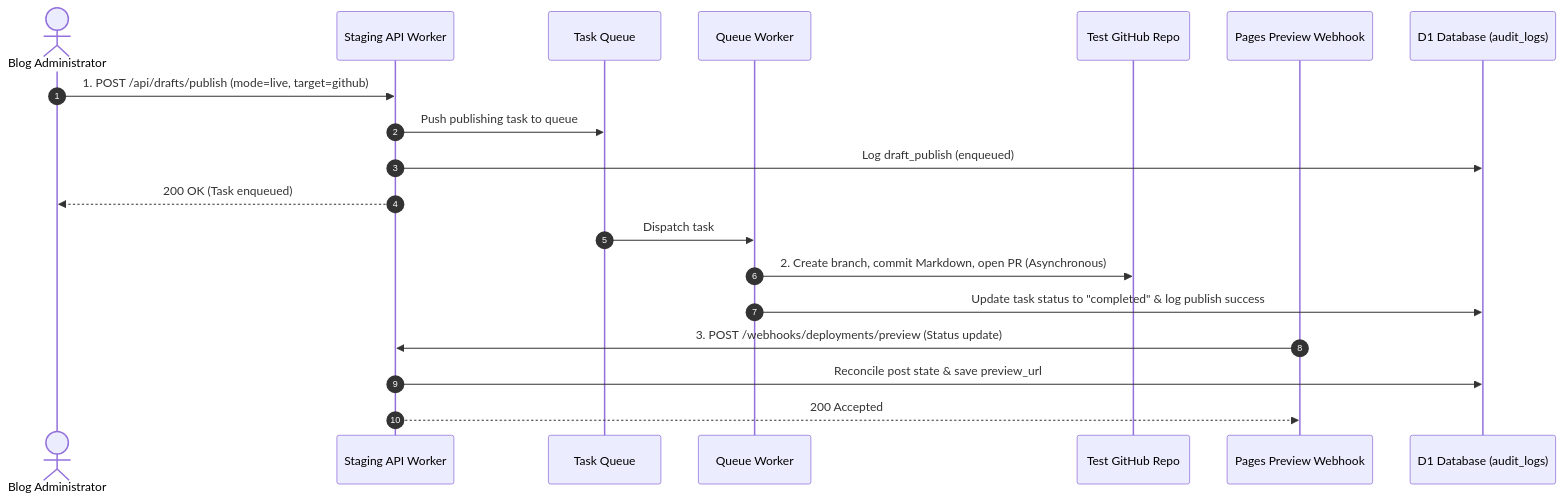
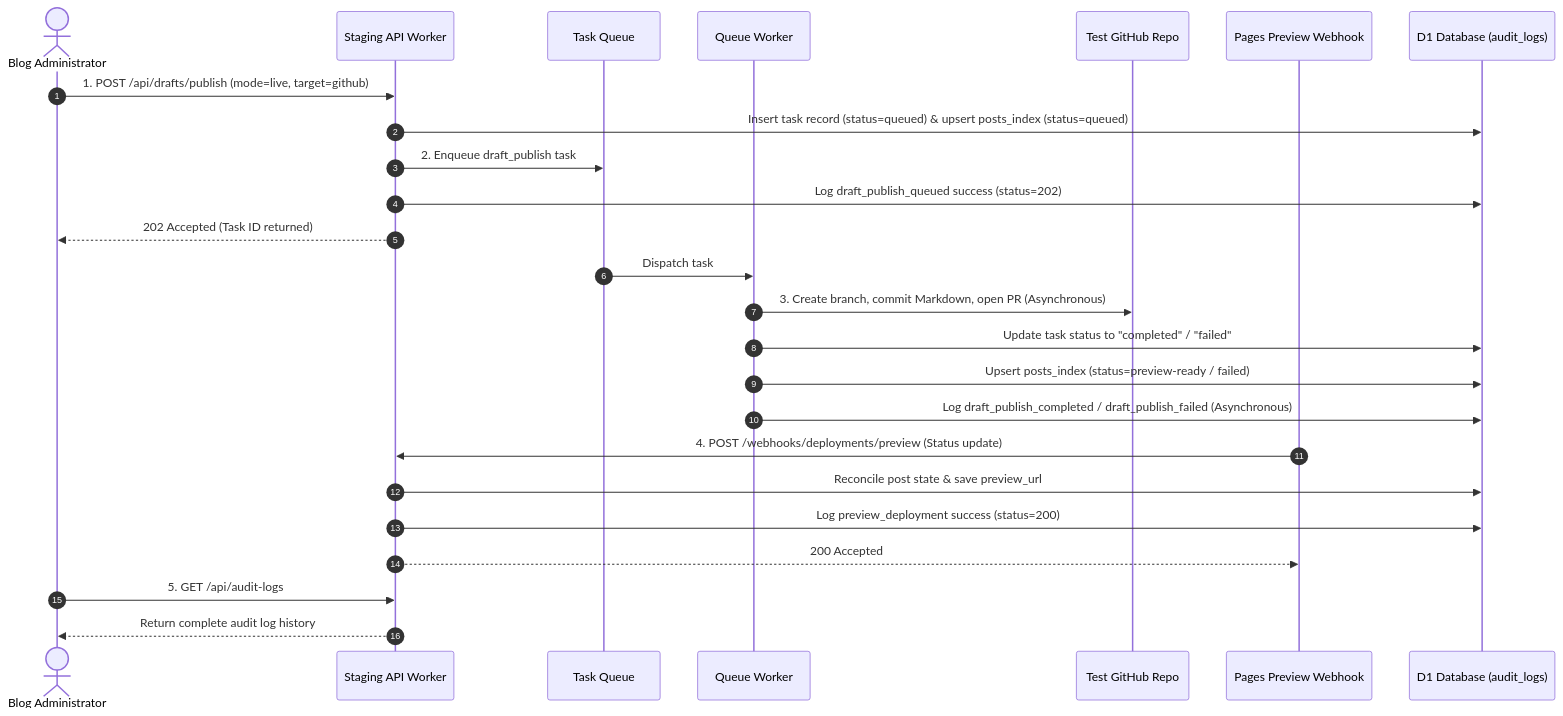
One commit to ranbeioc/xhalo-blog changed the diagram in docs/live-write-verification.md. Above: the diagram before and after it, drawn with Mermaid. The commit also changed other lines of this file and 7 other files, not shown here.

Commit message:
feat: move live GitHub publishing into queue worker

````diff
--- a/docs/live-write-verification.md
+++ b/docs/live-write-verification.md
@@ -74,24 +43,31 @@
 ```mermaid
 sequenceDiagram
     autonumber
     actor Admin as Blog Administrator
     participant API as Staging API Worker
     participant Queue as Task Queue
     participant Consumer as Queue Worker
     participant Github as Test GitHub Repo
     participant Pages as Pages Preview Webhook
     participant D1 as D1 Database (audit_logs)
 
     Admin->>API: 1. POST /api/drafts/publish (mode=live, target=github)
-    API->>Queue: Push publishing task to queue
-    API->>D1: Log draft_publish (enqueued)
-    API-->>Admin: 200 OK (Task enqueued)
+    API->>D1: Insert task record (status=queued) & upsert posts_index (status=queued)
+    API->>Queue: 2. Enqueue draft_publish task
+    API->>D1: Log draft_publish_queued success (status=202)
+    API-->>Admin: 202 Accepted (Task ID returned)
 
     Queue->>Consumer: Dispatch task
-    Consumer->>Github: 2. Create branch, commit Markdown, open PR (Asynchronous)
-    Consumer->>D1: Update task status to "completed" & log publish success
+    Consumer->>Github: 3. Create branch, commit Markdown, open PR (Asynchronous)
+    Consumer->>D1: Update task status to "completed" / "failed"
+    Consumer->>D1: Upsert posts_index (status=preview-ready / failed)
+    Consumer->>D1: Log draft_publish_completed / draft_publish_failed (Asynchronous)
 
-    Pages->>API: 3. POST /webhooks/deployments/preview (Status update)
+    Pages->>API: 4. POST /webhooks/deployments/preview (Status update)
     API->>D1: Reconcile post state & save preview_url
+    API->>D1: Log preview_deployment success (status=200)
     API-->>Pages: 200 Accepted
+
+    Admin->>API: 5. GET /api/audit-logs
+    API-->>Admin: Return complete audit log history
 ```
````
